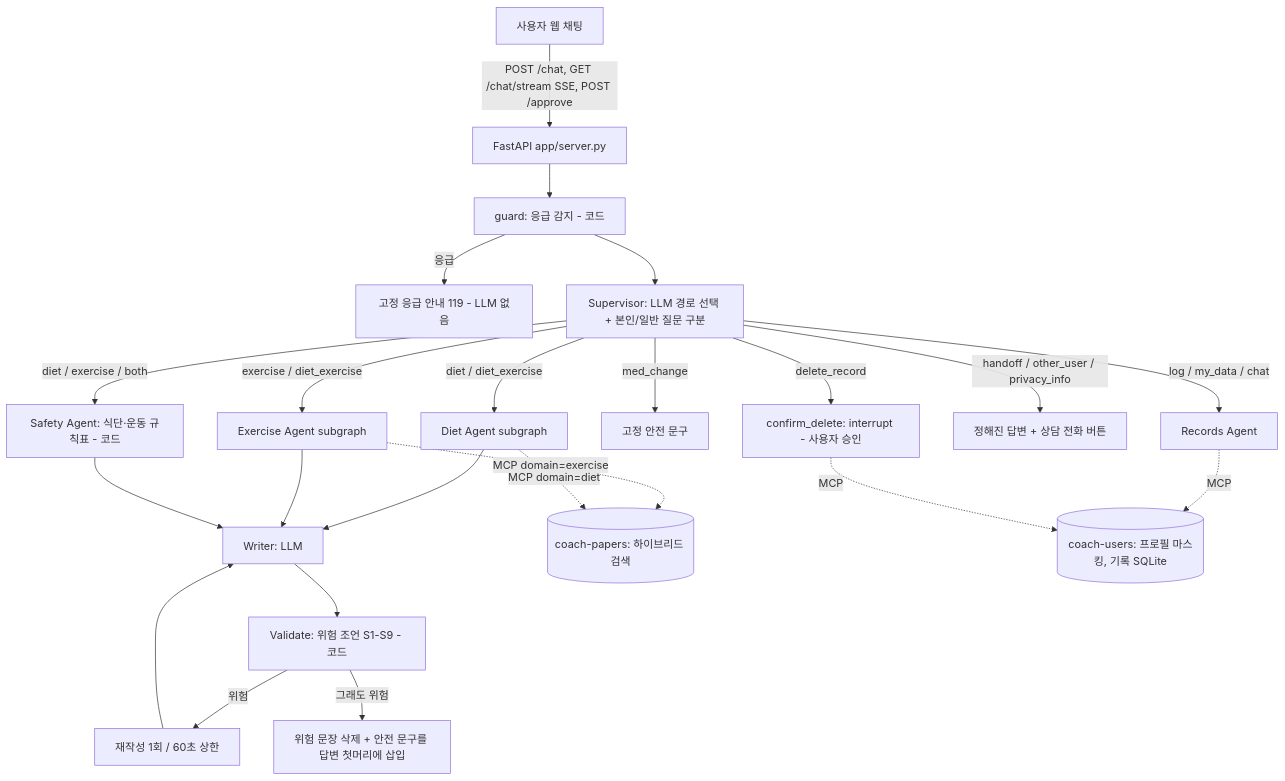
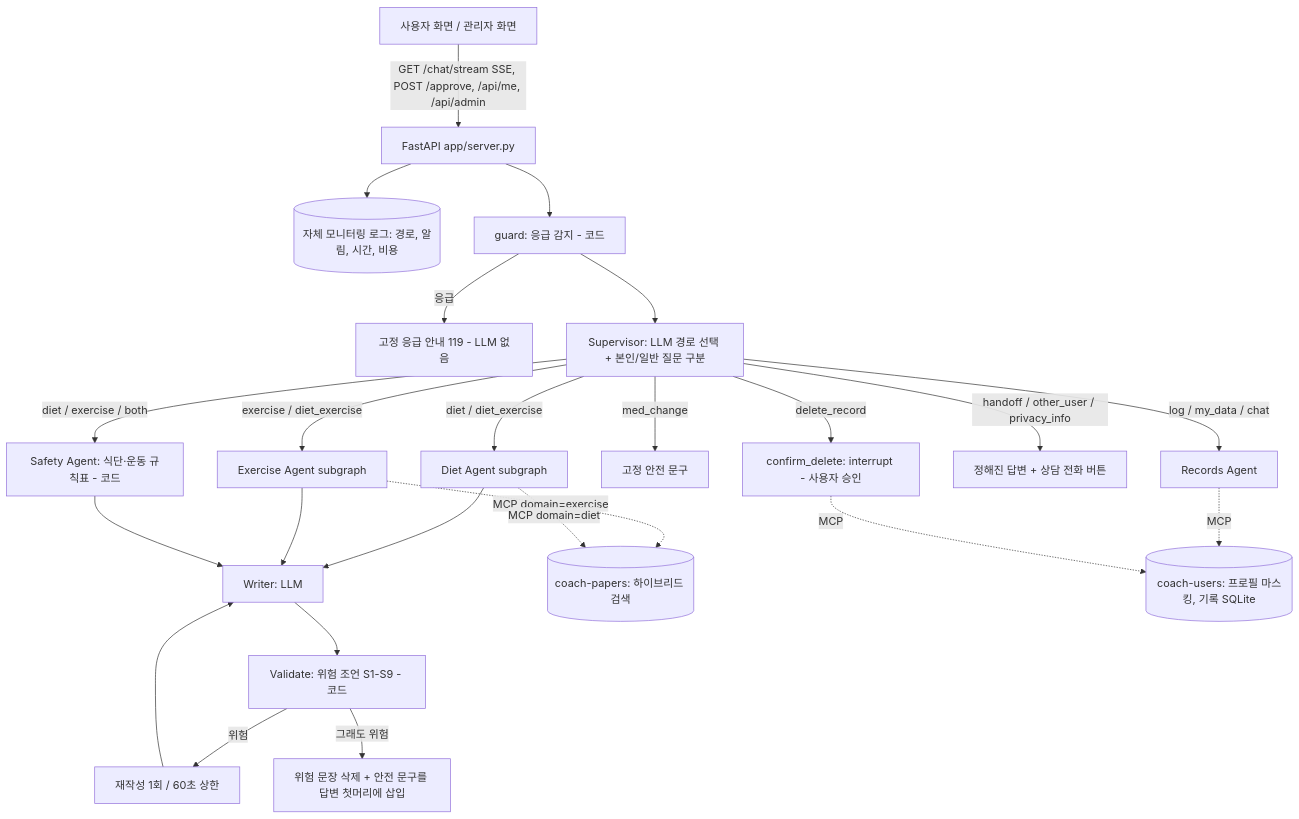
The diagram in docs/ARCHITECTURE.md (sihunwang-skala/health-coach-multi-agent), drawn with Mermaid before and after one commit. The commit also changed 3 other files, not shown here.

Commit message:
Docs: update emergency, service replies, architecture and naming to the current system

````diff
--- a/docs/ARCHITECTURE.md
+++ b/docs/ARCHITECTURE.md
@@ -3,24 +3,25 @@
 ```mermaid
 flowchart TD
-  U[사용자 웹 채팅] -->|POST /chat, GET /chat/stream SSE, POST /approve| API[FastAPI app/server.py]
+  U[사용자 화면 / 관리자 화면] -->|GET /chat/stream SSE, POST /approve, /api/me, /api/admin| API[FastAPI app/server.py]
+  API --> LOG[(자체 모니터링 로그: 경로, 알림, 시간, 비용)]
   API --> G[guard: 응급 감지 - 코드]
   G -->|응급| EM[고정 응급 안내 119 - LLM 없음]
   G --> S[Supervisor: LLM 경로 선택 + 본인/일반 질문 구분]
   S -->|diet / diet_exercise| DA[Diet Agent subgraph]
   S -->|exercise / diet_exercise| EV[Exercise Agent subgraph]
   S -->|diet / exercise / both| SA[Safety Agent: 식단·운동 규칙표 - 코드]
   S -->|med_change| MC[고정 안전 문구]
   S -->|log / my_data / chat| RC[Records Agent]
   S -->|handoff / other_user / privacy_info| FX[정해진 답변 + 상담 전화 버튼]
   S -->|delete_record| HD[confirm_delete: interrupt - 사용자 승인]
   DA --> W[Writer: LLM]
   EV --> W
   SA --> W
   W --> V[Validate: 위험 조언 S1-S9 - 코드]
   V -->|위험| RT[재작성 1회 / 60초 상한] --> W
   V -->|그래도 위험| RM[위험 문장 삭제 + 안전 문구를 답변 첫머리에 삽입]
   EV -. MCP domain=exercise .-> P[(coach-papers: 하이브리드 검색)]
   DA -. MCP domain=diet .-> P
   RC -. MCP .-> UDB[(coach-users: 프로필 마스킹, 기록 SQLite)]
   HD -. MCP .-> UDB
 ```
````
